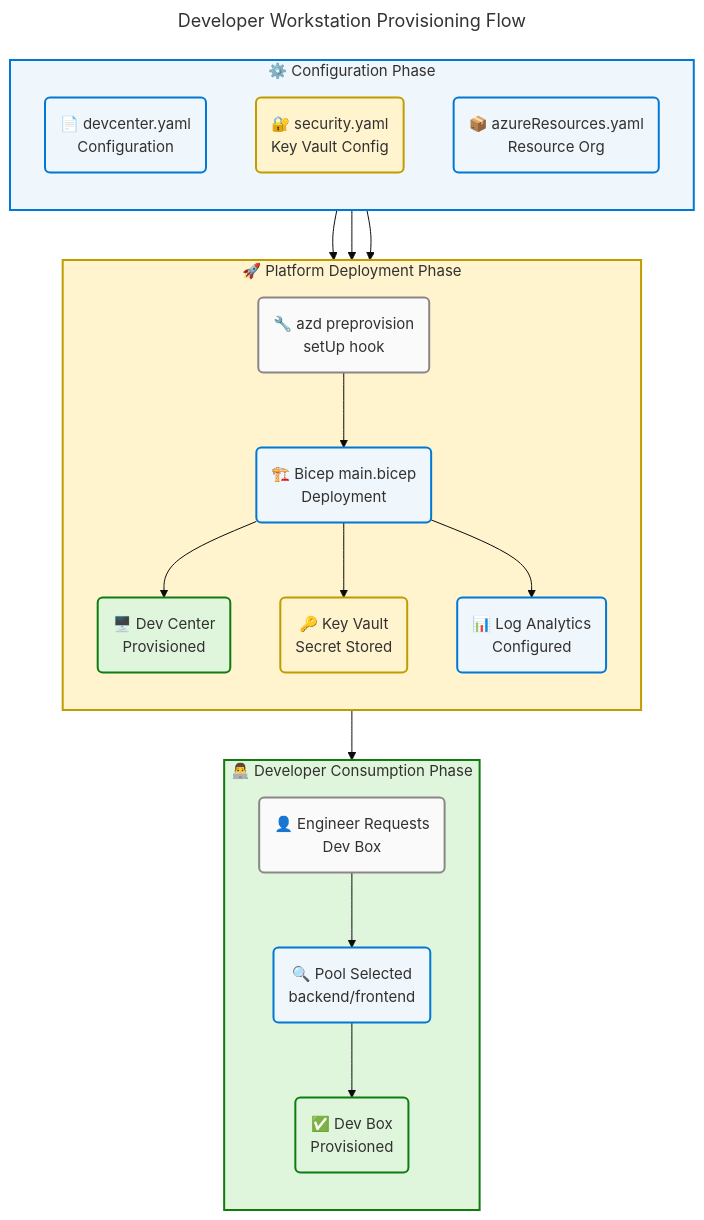
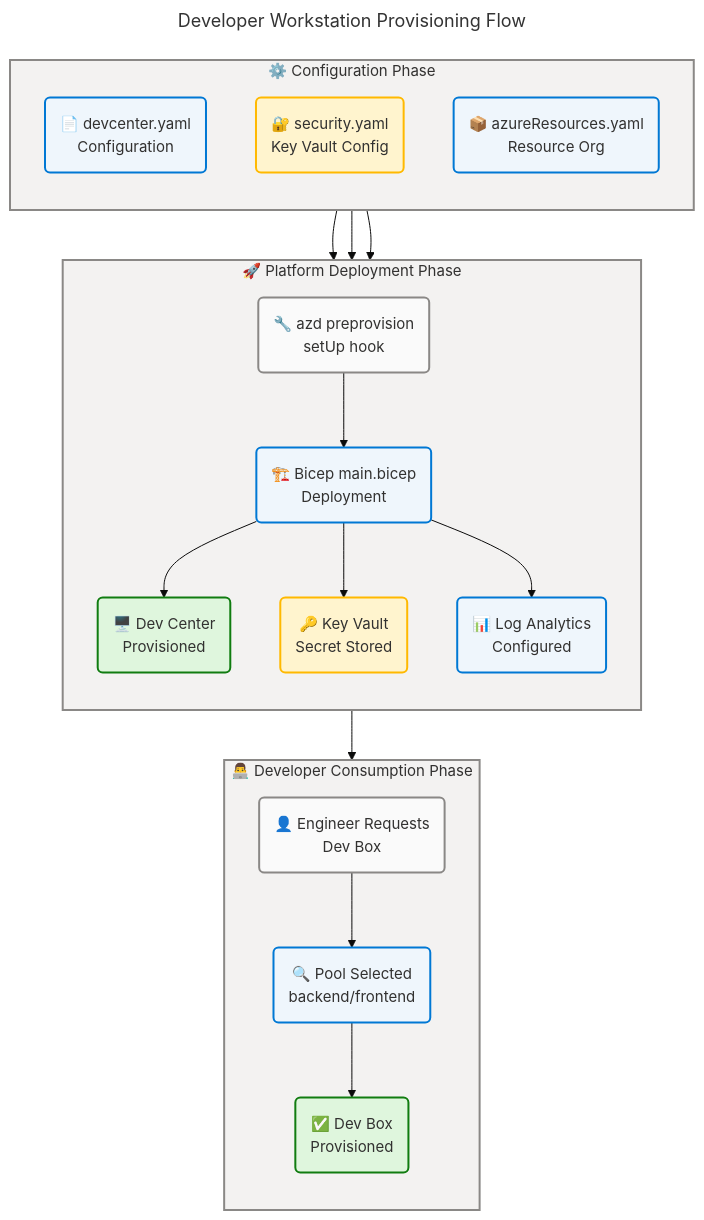
The third of 6 diagrams in docs/architecture/bus-arch.md (Evilazaro/DevExp-DevBox), drawn with Mermaid before and after one commit. The commit also changed other lines of this file, not shown here.

Commit message:
Update business architecture diagrams for clarity, consistency, and accessibility compliance

````diff
--- a/docs/architecture/bus-arch.md
+++ b/docs/architecture/bus-arch.md
@@ -521,69 +525,72 @@
 ```mermaid
 ---
 title: Developer Workstation Provisioning Flow
 config:
   theme: base
   look: classic
   layout: dagre
   themeVariables:
     fontSize: '15px'
   flowchart:
     htmlLabels: true
 ---
 flowchart TB
     accTitle: Developer Workstation Provisioning Flow
-    accDescr: Shows the end-to-end flow from platform configuration through Dev Center deployment to Dev Box provisioning by an engineer. Covers configuration, deployment, and self-service consumption stages.
+    accDescr: End-to-end flow from platform configuration through Dev Center deployment to Dev Box provisioning. s1=core, s2=warning, s3=core, d1=neutral, d2=core, d3=success, d4=warning, d5=core, e1=neutral, e2=core, e3=success. WCAG AA compliant.
 
     %% ═══════════════════════════════════════════════════════════════════════════
     %% AZURE / FLUENT ARCHITECTURE PATTERN v2.0
+    %% (Semantic + Structural + Font + Accessibility Governance)
     %% ═══════════════════════════════════════════════════════════════════════════
     %% PHASE 1 - FLUENT UI: All styling uses approved Fluent UI palette only
     %% PHASE 2 - GROUPS: Every subgraph has semantic color via style directive
     %% PHASE 3 - COMPONENTS: Every node has semantic classDef + icon prefix
     %% PHASE 4 - ACCESSIBILITY: accTitle/accDescr present, WCAG AA contrast
     %% PHASE 5 - STANDARD: Governance block present, classDefs centralized
     %% ═══════════════════════════════════════════════════════════════════════════
 
     subgraph CONFIG["⚙️ Configuration Phase"]
         direction TB
-        s1("📄 devcenter.yaml<br/>Configuration"):::info
+        s1("📄 devcenter.yaml<br/>Configuration"):::core
         s2("🔐 security.yaml<br/>Key Vault Config"):::warning
-        s3("📦 azureResources.yaml<br/>Resource Org"):::info
+        s3("📦 azureResources.yaml<br/>Resource Org"):::core
     end
 
     subgraph DEPLOY["🚀 Platform Deployment Phase"]
         direction TB
         d1("🔧 azd preprovision<br/>setUp hook"):::neutral
-        d2("🏗️ Bicep main.bicep<br/>Deployment"):::info
+        d2("🏗️ Bicep main.bicep<br/>Deployment"):::core
         d3("🖥️ Dev Center<br/>Provisioned"):::success
         d4("🔑 Key Vault<br/>Secret Stored"):::warning
-        d5("📊 Log Analytics<br/>Configured"):::info
+        d5("📊 Log Analytics<br/>Configured"):::core
     end
 
     subgraph CONSUME["👨‍💻 Developer Consumption Phase"]
         direction TB
         e1("👤 Engineer Requests<br/>Dev Box"):::neutral
-        e2("🔍 Pool Selected<br/>backend/frontend"):::info
+        e2("🔍 Pool Selected<br/>backend/frontend"):::core
         e3("✅ Dev Box<br/>Provisioned"):::success
     end
 
     s1 --> d2
     s2 --> d2
     s3 --> d2
     d1 --> d2
     d2 --> d3
     d2 --> d4
     d2 --> d5
     d3 --> e1
     e1 --> e2
     e2 --> e3
 
-    style CONFIG fill:#EFF6FC,stroke:#0078D4,stroke-width:2px,color:#323130
-    style DEPLOY fill:#FFF4CE,stroke:#C19C00,stroke-width:2px,color:#323130
-    style CONSUME fill:#DFF6DD,stroke:#107C10,stroke-width:2px,color:#323130
+    style CONFIG fill:#F3F2F1,stroke:#8A8886,stroke-width:2px,color:#323130
+    style DEPLOY fill:#F3F2F1,stroke:#8A8886,stroke-width:2px,color:#323130
+    style CONSUME fill:#F3F2F1,stroke:#8A8886,stroke-width:2px,color:#323130
 
-    classDef success fill:#DFF6DD,stroke:#107C10,stroke-width:2px,color:#323130
-    classDef info fill:#EFF6FC,stroke:#0078D4,stroke-width:2px,color:#323130
-    classDef warning fill:#FFF4CE,stroke:#C19C00,stroke-width:2px,color:#323130
-    classDef neutral fill:#FAFAFA,stroke:#8A8886,stroke-width:2px,color:#323130
+    classDef neutral  fill:#FAFAFA,stroke:#8A8886,stroke-width:2px,color:#323130
+    classDef core     fill:#EFF6FC,stroke:#0078D4,stroke-width:2px,color:#323130
+    classDef success  fill:#DFF6DD,stroke:#107C10,stroke-width:2px,color:#323130
+    classDef warning  fill:#FFF4CE,stroke:#FFB900,stroke-width:2px,color:#323130
+
+%% ✅ Mermaid Verification: 5/5 | Score: 100/100 | Diagrams: 1 | Violations: 0
 ```
````
